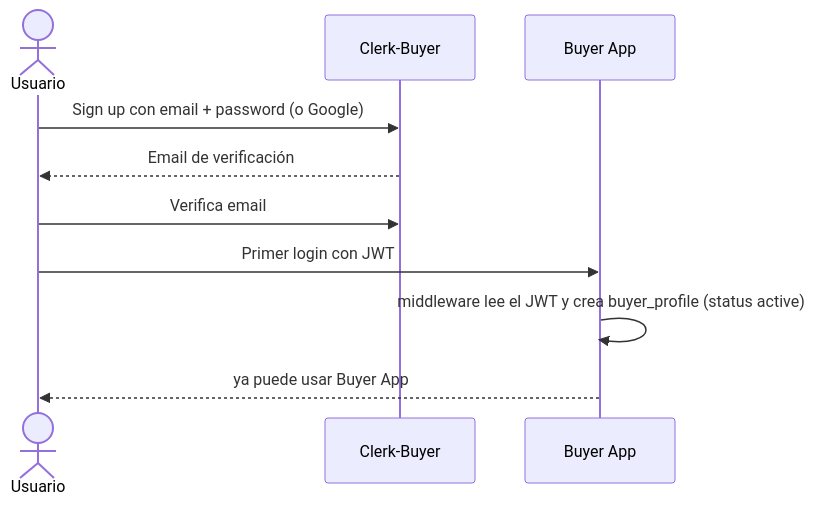
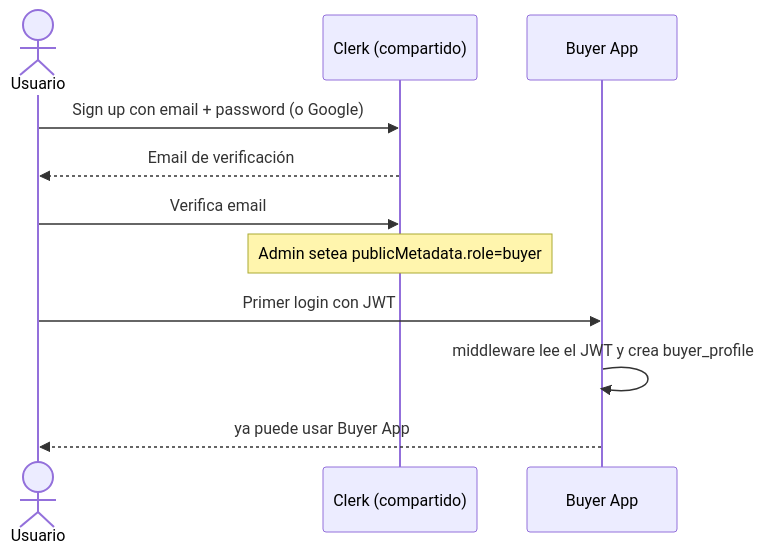
The first of 4 diagrams in docs/05-usuarios.md (IAW-2026/proyecto-c-seller-bicimarket), drawn with Mermaid before and after one commit. The commit also changed other lines of this file and 9 other files, not shown here.

````diff
--- a/docs/05-usuarios.md
+++ b/docs/05-usuarios.md
@@ -98,13 +110,14 @@
 ```mermaid
 sequenceDiagram
     actor U as Usuario
-    participant CB as Clerk-Buyer
+    participant CL as Clerk (compartido)
     participant B as Buyer App
 
-    U->>CB: Sign up con email + password (o Google)
-    CB-->>U: Email de verificación
-    U->>CB: Verifica email
+    U->>CL: Sign up con email + password (o Google)
+    CL-->>U: Email de verificación
+    U->>CL: Verifica email
+    Note over CL: Admin setea publicMetadata.role=buyer
     U->>B: Primer login con JWT
-    B->>B: middleware lee el JWT y crea buyer_profile (status active)
+    B->>B: middleware lee el JWT y crea buyer_profile
     B-->>U: ya puede usar Buyer App
 ```
````
